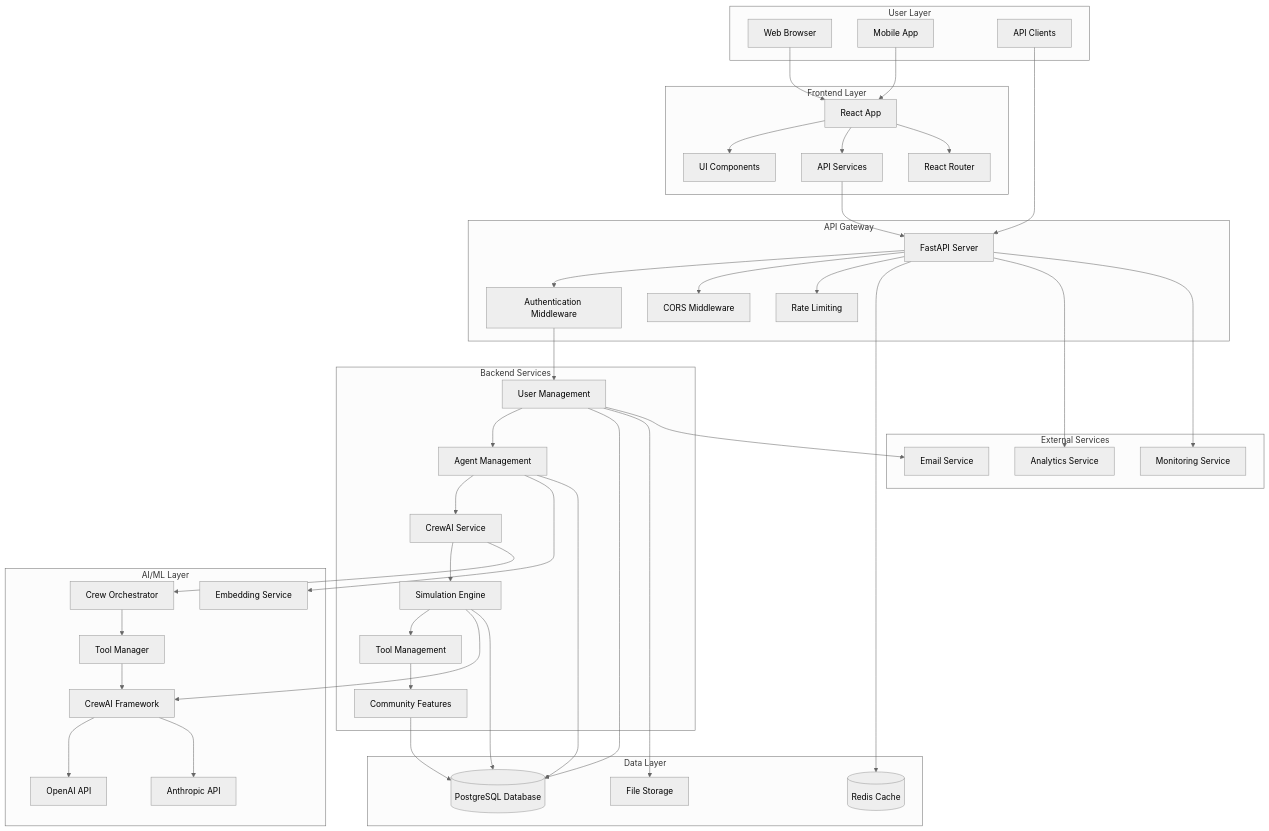
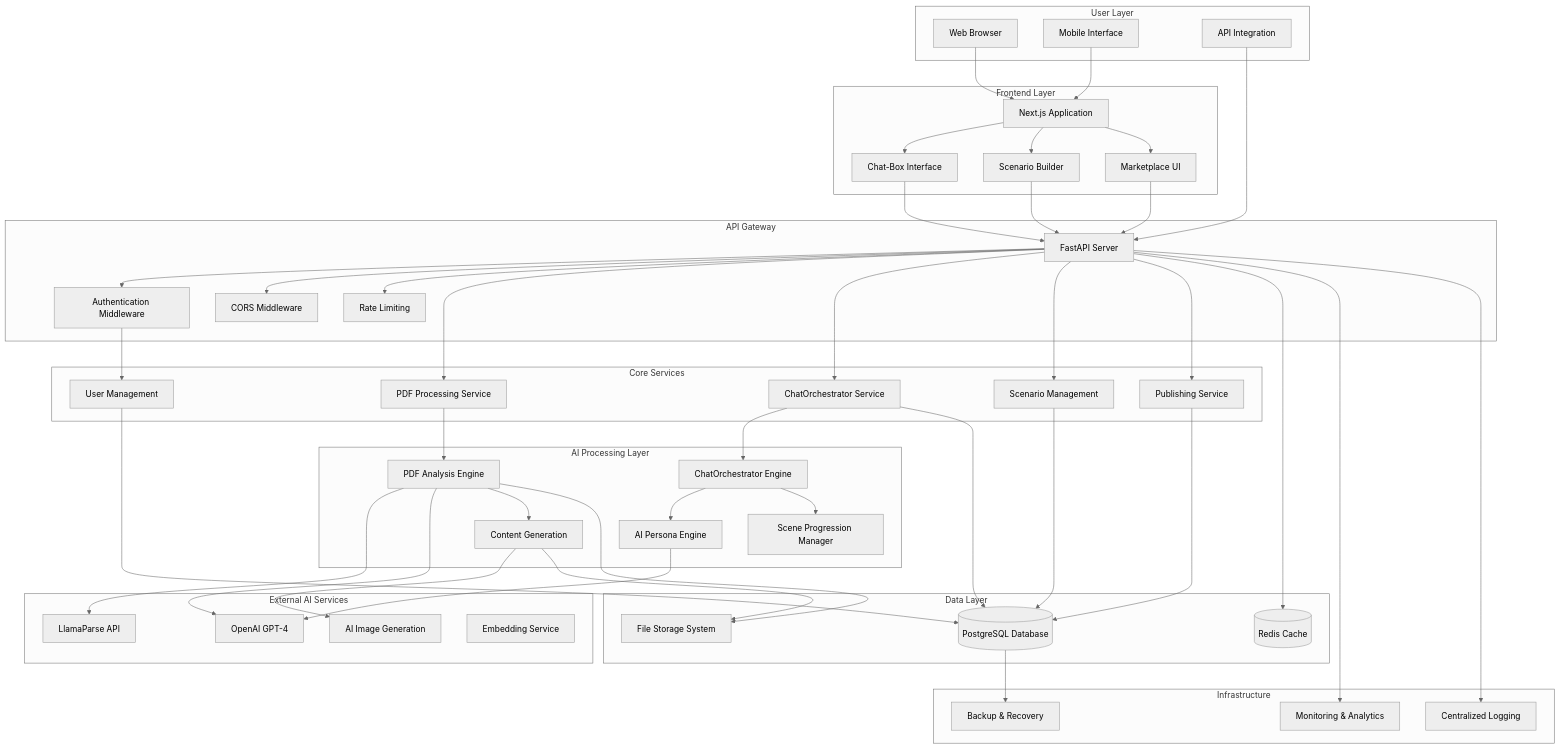
The first of 7 diagrams in backend/docs/architecture/system-overview.md (Sbcoit/forked-ai-agent-education-platform), drawn with Mermaid (neutral theme) before and after one commit. The commit also changed other lines of this file and 5 other files, not shown here.

First line of the commit message:
docs: Update comprehensive documentation for ChatOrchestrator integration

````diff
--- a/backend/docs/architecture/system-overview.md
+++ b/backend/docs/architecture/system-overview.md
@@ -12,15 +12,15 @@
 graph TB
     subgraph "User Layer"
         WEB[Web Browser]
-        MOBILE[Mobile App]
-        API_CLIENT[API Clients]
+        MOBILE[Mobile Interface]
+        API_CLIENT[API Integration]
     end
     
     subgraph "Frontend Layer"
-        REACT[React App]
-        COMPONENTS[UI Components]
-        SERVICES[API Services]
-        ROUTING[React Router]
+        NEXTJS[Next.js Application]
+        CHATBOX[Chat-Box Interface]
+        SCENARIO_BUILDER[Scenario Builder]
+        MARKETPLACE[Marketplace UI]
     end
     
     subgraph "API Gateway"
@@ -30,73 +30,86 @@
         RATE_LIMIT[Rate Limiting]
     end
     
-    subgraph "Backend Services"
+    subgraph "Core Services"
+        PDF_SERVICE[PDF Processing Service]
+        ORCHESTRATOR_SERVICE[ChatOrchestrator Service]
+        SCENARIO_SERVICE[Scenario Management]
+        PUBLISHING_SERVICE[Publishing Service]
         USER_SERVICE[User Management]
-        AGENT_SERVICE[Agent Management]
-        CREW_SERVICE[CrewAI Service]
-        SIMULATION_SERVICE[Simulation Engine]
-        TOOL_SERVICE[Tool Management]
-        COMMUNITY_SERVICE[Community Features]
     end
     
-    subgraph "AI/ML Layer"
-        CREWAI[CrewAI Framework]
-        CREW_ORCHESTRATOR[Crew Orchestrator]
-        TOOL_MANAGER[Tool Manager]
-        OPENAI[OpenAI API]
-        ANTHROPIC[Anthropic API]
-        EMBEDDING[Embedding Service]
+    subgraph "AI Processing Layer"
+        CHAT_ORCHESTRATOR[ChatOrchestrator Engine]
+        PDF_PROCESSOR[PDF Analysis Engine]
+        PERSONA_ENGINE[AI Persona Engine]
+        SCENE_MANAGER[Scene Progression Manager]
+        CONTENT_GENERATOR[Content Generation]
+    end
+    
+    subgraph "External AI Services"
+        OPENAI[OpenAI GPT-4]
+        LLAMAPARSE[LlamaParse API]
+        IMAGE_API[AI Image Generation]
+        EMBEDDING_API[Embedding Service]
     end
     
     subgraph "Data Layer"
         POSTGRES[(PostgreSQL Database)]
         REDIS[(Redis Cache)]
-        FILES[File Storage]
+        FILE_STORAGE[File Storage System]
     end
     
-    subgraph "External Services"
-        EMAIL[Email Service]
-        ANALYTICS[Analytics Service]
-        MONITORING[Monitoring Service]
+    subgraph "Infrastructure"
+        MONITORING[Monitoring & Analytics]
+        LOGGING[Centralized Logging]
+        BACKUP[Backup & Recovery]
     end
     
     %% Connections
-    WEB --> REACT
-    MOBILE --> REACT
+    WEB --> NEXTJS
+    MOBILE --> NEXTJS
     API_CLIENT --> FASTAPI
-    REACT --> COMPONENTS
-    REACT --> SERVICES
-    REACT --> ROUTING
-    SERVICES --> FASTAPI
+    
+    NEXTJS --> CHATBOX
+    NEXTJS --> SCENARIO_BUILDER
+    NEXTJS --> MARKETPLACE
+    
+    CHATBOX --> FASTAPI
+    SCENARIO_BUILDER --> FASTAPI
+    MARKETPLACE --> FASTAPI
     
     FASTAPI --> AUTH
     FASTAPI --> CORS
     FASTAPI --> RATE_LIMIT
     
     AUTH --> USER_SERVICE
-    USER_SERVICE --> AGENT_SERVICE
-    AGENT_SERVICE --> CREW_SERVICE
-    CREW_SERVICE --> SIMULATION_SERVICE
-    SIMULATION_SERVICE --> TOOL_SERVICE
-    TOOL_SERVICE --> COMMUNITY_SERVICE
+    FASTAPI --> PDF_SERVICE
+    FASTAPI --> ORCHESTRATOR_SERVICE
+    FASTAPI --> SCENARIO_SERVICE
+    FASTAPI --> PUBLISHING_SERVICE
     
-    SIMULATION_SERVICE --> CREWAI
-    CREW_SERVICE --> CREW_ORCHESTRATOR
-    CREW_ORCHESTRATOR --> TOOL_MANAGER
-    TOOL_MANAGER --> CREWAI
-    CREWAI --> OPENAI
-    CREWAI --> ANTHROPIC
-    AGENT_SERVICE --> EMBEDDING
+    PDF_SERVICE --> PDF_PROCESSOR
+    ORCHESTRATOR_SERVICE --> CHAT_ORCHESTRATOR
+    
+    PDF_PROCESSOR --> LLAMAPARSE
+    PDF_PROCESSOR --> OPENAI
+    PDF_PROCESSOR --> CONTENT_GENERATOR
+    
+    CHAT_ORCHESTRATOR --> PERSONA_ENGINE
+    CHAT_ORCHESTRATOR --> SCENE_MANAGER
+    PERSONA_ENGINE --> OPENAI
+    CONTENT_GENERATOR --> IMAGE_API
     
     USER_SERVICE --> POSTGRES
-    AGENT_SERVICE --> POSTGRES
-    SIMULATION_SERVICE --> POSTGRES
-    COMMUNITY_SERVICE --> POSTGRES
+    SCENARIO_SERVICE --> POSTGRES
+    PUBLISHING_SERVICE --> POSTGRES
+    ORCHESTRATOR_SERVICE --> POSTGRES
     
     FASTAPI --> REDIS
-    USER_SERVICE --> FILES
+    PDF_PROCESSOR --> FILE_STORAGE
+    CONTENT_GENERATOR --> FILE_STORAGE
     
-    USER_SERVICE --> EMAIL
-    FASTAPI --> ANALYTICS
     FASTAPI --> MONITORING
+    FASTAPI --> LOGGING
+    POSTGRES --> BACKUP
 ```
````
